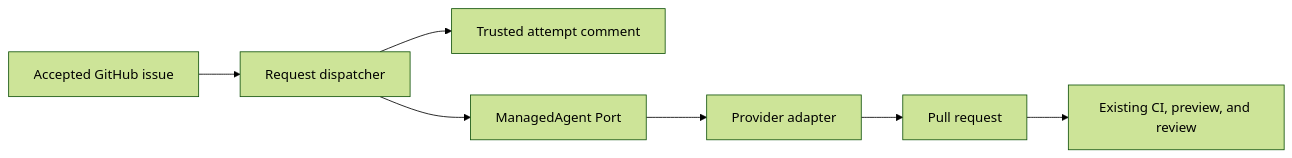
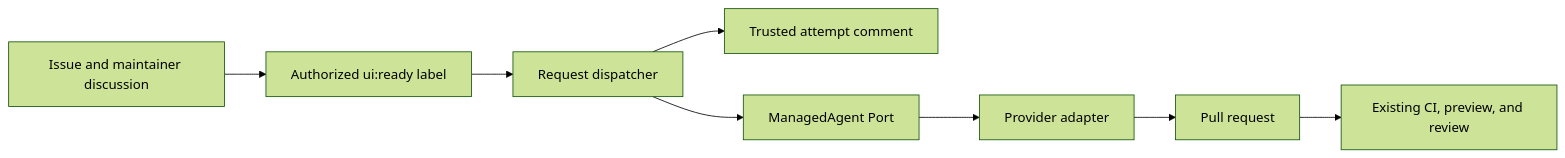
One commit to astrale-os/ui changed the diagram in request/.spec/architecture.md. Above: the diagram before and after it, drawn with Mermaid (forest theme). The commit also changed other lines of this file and 16 other files, not shown here.

Commit message:
chore(request): accept issue discussion from labels (#86)

````diff
--- a/request/.spec/architecture.md
+++ b/request/.spec/architecture.md
@@ -7,9 +8,10 @@
 ```mermaid
 flowchart LR
-  I[Accepted GitHub issue] --> D[Request dispatcher]
+  I[Issue and maintainer discussion] --> L[Authorized ui:ready label]
+  L --> D[Request dispatcher]
   D --> S[Trusted attempt comment]
   D --> A[ManagedAgent Port]
   A --> P[Provider adapter]
   P --> R[Pull request]
   R --> C[Existing CI, preview, and review]
 ```
````
